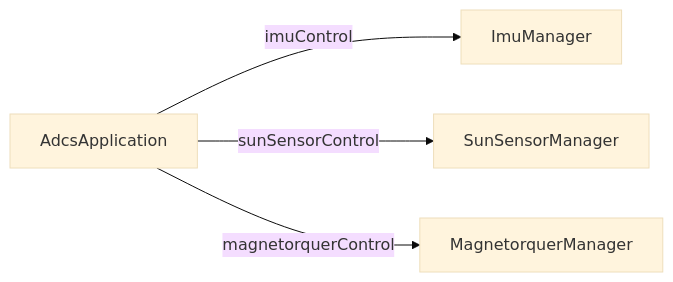
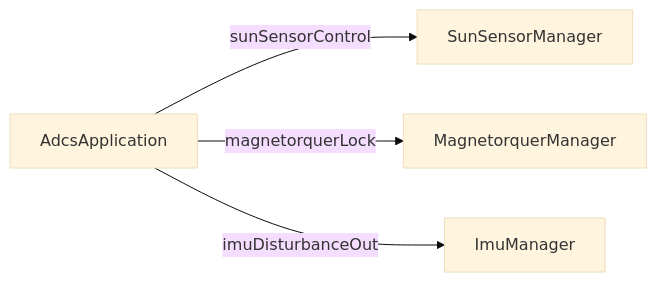
One commit to UWCubeSat/hs2-software-design changed the fourth of 4 diagrams in docs/Adcs/AdcsApplication.md. Above: the diagram before and after it, drawn with Mermaid (base theme). The commit also changed other lines of this file, not shown here.

Commit message:
docs(adcs): realign AdcsApplication interface with ImuManager and MagnetorquerManager

````diff
--- a/docs/Adcs/AdcsApplication.md
+++ b/docs/Adcs/AdcsApplication.md
@@ -174,6 +181,6 @@
 ```mermaid
 flowchart LR
-    App["AdcsApplication"] -->|imuControl| Imu["ImuManager"]
-    App -->|sunSensorControl| Sun["SunSensorManager"]
-    App -->|magnetorquerControl| Mtq["MagnetorquerManager"]
+    App["AdcsApplication"] -->|sunSensorControl| Sun["SunSensorManager"]
+    App -->|magnetorquerLock| Mtq["MagnetorquerManager"]
+    App -->|imuDisturbanceOut| Imu["ImuManager"]
 ```
````
